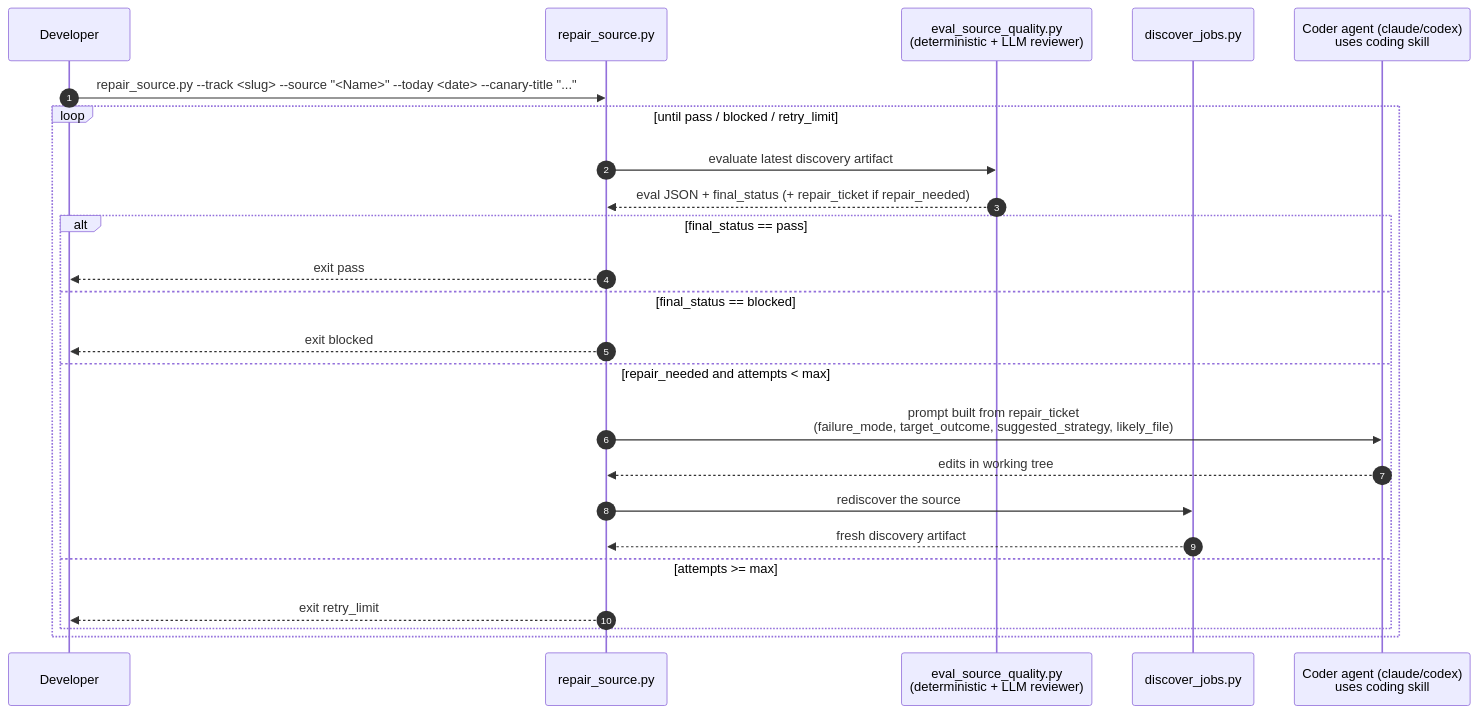
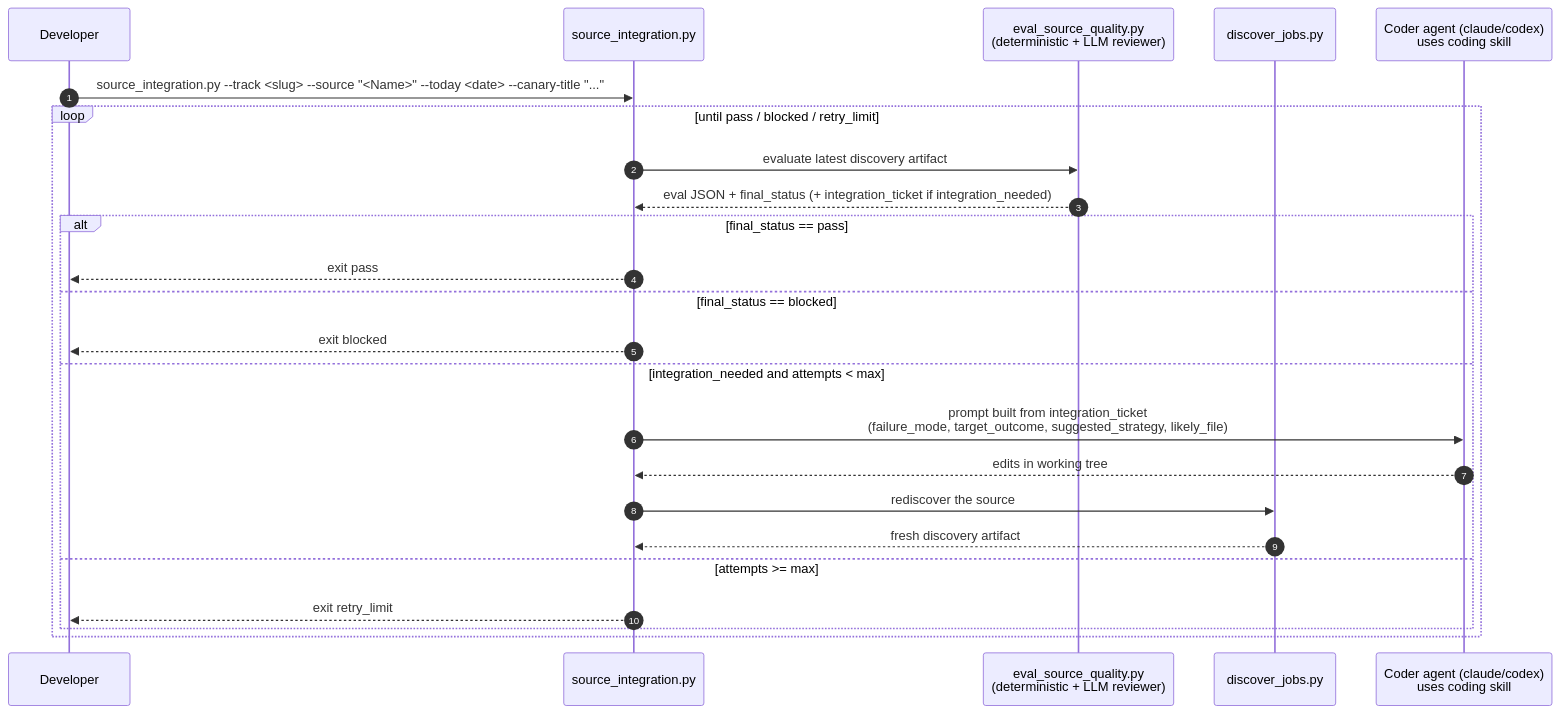
Before and after one commit to jvdheyden/jobwatch: the third of 3 diagrams in docs/architecture.md, drawn with Mermaid. The commit also changed other lines of this file and 23 other files, not shown here.

Commit message:
Rename repair loop to source integration loop

````diff
--- a/docs/architecture.md
+++ b/docs/architecture.md
@@ -151,27 +156,27 @@
 ```mermaid
 sequenceDiagram
   autonumber
   participant Dev as Developer
-  participant Repair as repair_source.py
+  participant Integrate as source_integration.py
   participant Eval as eval_source_quality.py<br/>(deterministic + LLM reviewer)
   participant Disc as discover_jobs.py
   participant Coder as Coder agent (claude/codex)<br/>uses coding skill
 
-  Dev->>Repair: repair_source.py --track <slug> --source "<Name>" --today <date> --canary-title "..."
+  Dev->>Integrate: source_integration.py --track <slug> --source "<Name>" --today <date> --canary-title "..."
   loop until pass / blocked / retry_limit
-    Repair->>Eval: evaluate latest discovery artifact
-    Eval-->>Repair: eval JSON + final_status (+ repair_ticket if repair_needed)
+    Integrate->>Eval: evaluate latest discovery artifact
+    Eval-->>Integrate: eval JSON + final_status (+ integration_ticket if integration_needed)
     alt final_status == pass
-      Repair-->>Dev: exit pass
+      Integrate-->>Dev: exit pass
     else final_status == blocked
-      Repair-->>Dev: exit blocked
-    else repair_needed and attempts < max
-      Repair->>Coder: prompt built from repair_ticket<br/>(failure_mode, target_outcome, suggested_strategy, likely_file)
-      Coder-->>Repair: edits in working tree
-      Repair->>Disc: rediscover the source
-      Disc-->>Repair: fresh discovery artifact
+      Integrate-->>Dev: exit blocked
+    else integration_needed and attempts < max
+      Integrate->>Coder: prompt built from integration_ticket<br/>(failure_mode, target_outcome, suggested_strategy, likely_file)
+      Coder-->>Integrate: edits in working tree
+      Integrate->>Disc: rediscover the source
+      Disc-->>Integrate: fresh discovery artifact
     else attempts >= max
-      Repair-->>Dev: exit retry_limit
+      Integrate-->>Dev: exit retry_limit
     end
   end
 ```
````
